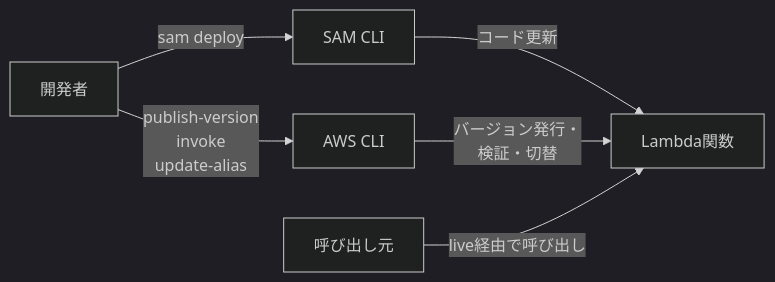
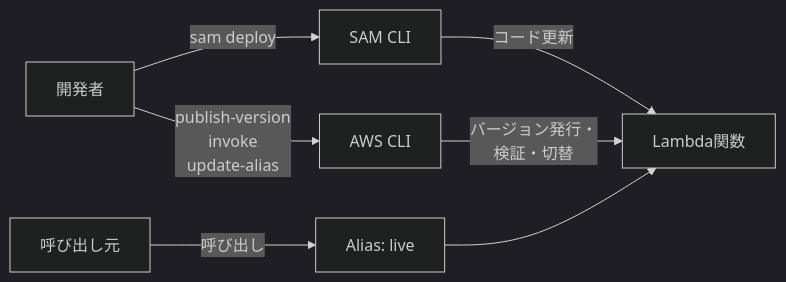
Before and after one commit to takyafumin/aws-lambada-blue-green-deploy: the first of 3 diagrams in docs/PLAN.md, drawn with Mermaid (dark theme).

Commit message:
システム構成図にliveエイリアスのホップを明示する
本文で「呼び出し元は常にliveエイリアス経由でアクセスする」と説明し
ているのに、図ではCallerからLambda関数へ直接矢印が引かれていて矛盾
していたため、Alias: liveノードを明示して整合させた。

````diff
--- a/docs/PLAN.md
+++ b/docs/PLAN.md
@@ -58,10 +58,10 @@
 ```mermaid
 flowchart LR
     Dev["開発者"] -->|"sam deploy"| SAM["SAM CLI"]
     Dev -->|"publish-version<br/>invoke<br/>update-alias"| CLI["AWS CLI"]
 
     SAM -->|"コード更新"| FN["Lambda関数"]
     CLI -->|"バージョン発行・<br/>検証・切替"| FN
 
-    Caller["呼び出し元"] -->|"live経由で呼び出し"| FN
+    Caller["呼び出し元"] -->|"呼び出し"| ALIAS["Alias: live"] --> FN
 ```
````
